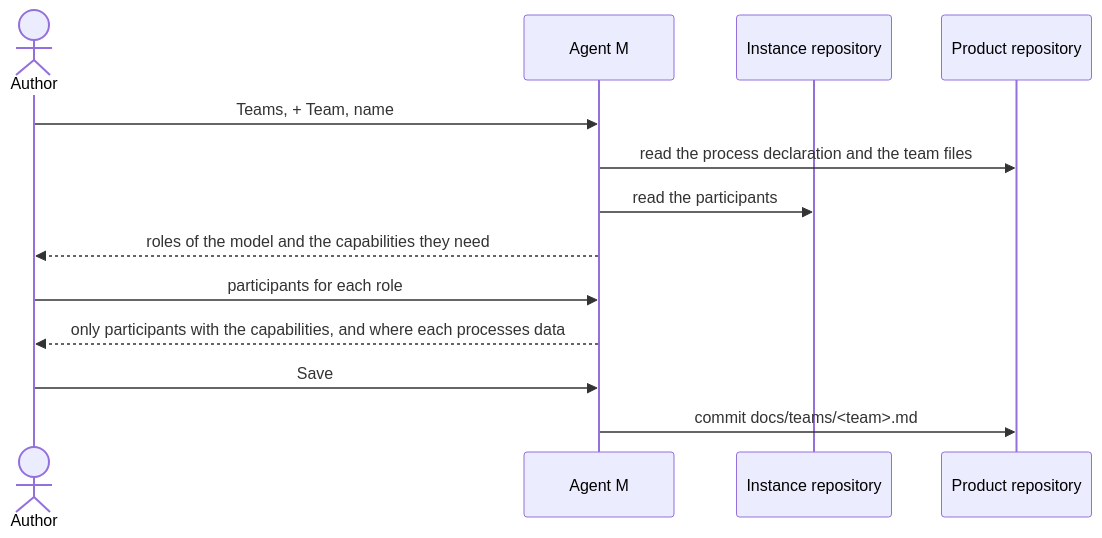
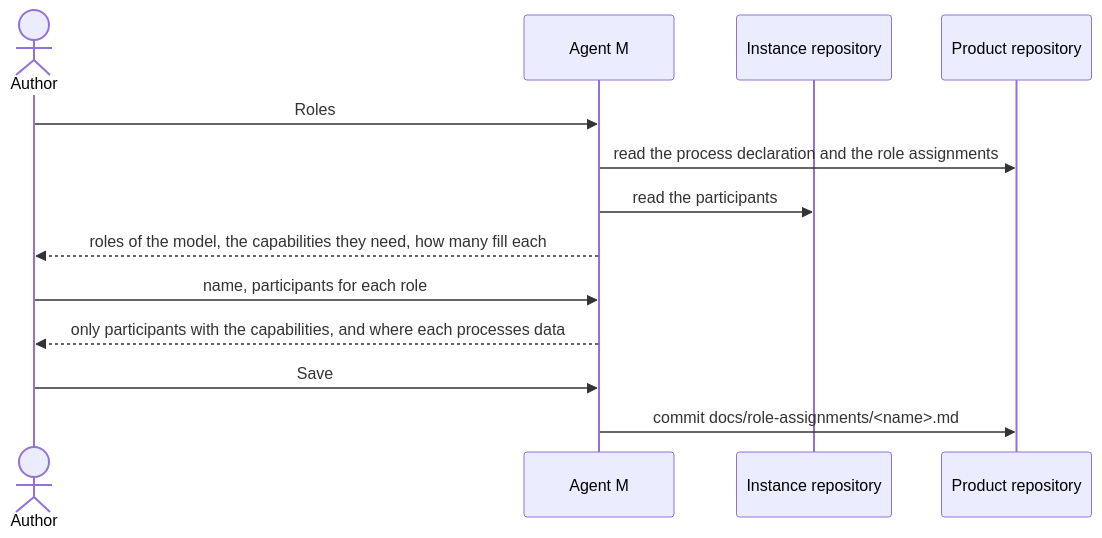
One commit to akmaier/agent-m changed the diagram in docs/use-cases/UC-048-fill-the-roles.md. Above: the diagram before and after it, drawn with Mermaid. The commit also changed other lines of this file and 17 other files, not shown here.

First line of the commit message:
docs: queue 2026-10-10 — the process names roles, a role assignment fills them; teams only with sprints

````diff
--- a/docs/use-cases/UC-048-fill-the-roles.md
+++ b/docs/use-cases/UC-048-fill-the-roles.md
@@ -63,15 +64,15 @@
 ```mermaid
 sequenceDiagram
     actor A as Author
     participant M as Agent M
     participant I as Instance repository
     participant G as Product repository
-    A->>M: Teams, + Team, name
-    M->>G: read the process declaration and the team files
+    A->>M: Roles
+    M->>G: read the process declaration and the role assignments
     M->>I: read the participants
-    M-->>A: roles of the model and the capabilities they need
-    A->>M: participants for each role
+    M-->>A: roles of the model, the capabilities they need, how many fill each
+    A->>M: name, participants for each role
     M-->>A: only participants with the capabilities, and where each processes data
     A->>M: Save
-    M->>G: commit docs/teams/<team>.md
+    M->>G: commit docs/role-assignments/<name>.md
 ```
````
